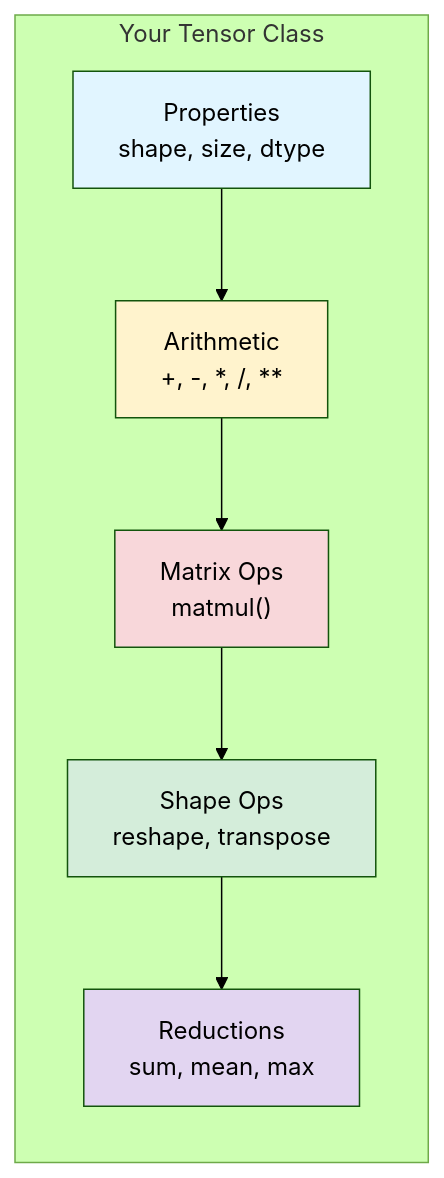
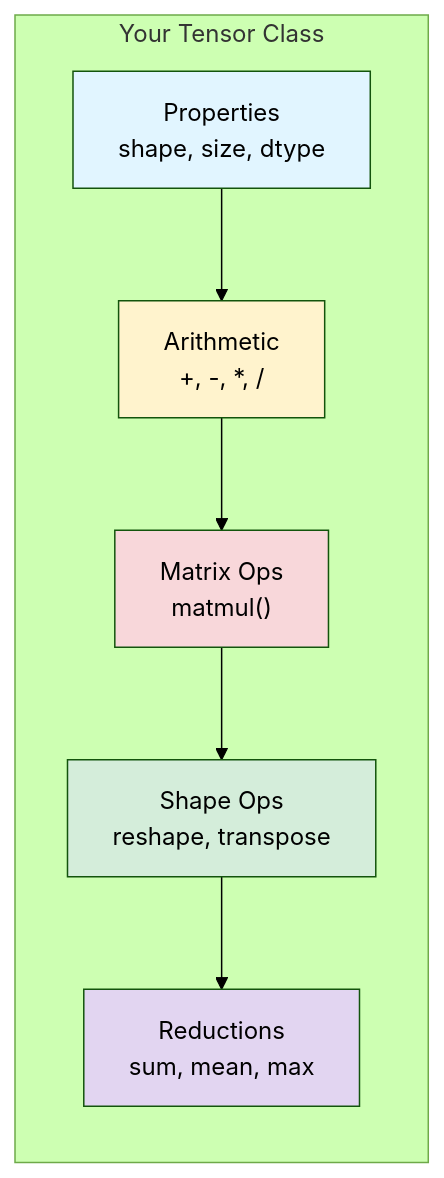
The first of 3 diagrams in tinytorch/src/01_tensor/ABOUT.md (harvard-edge/cs249r_book), drawn with Mermaid (forest theme) before and after one commit. The commit also changed other lines of this file and 44 other files, not shown here.

````diff
--- a/tinytorch/src/01_tensor/ABOUT.md
+++ b/tinytorch/src/01_tensor/ABOUT.md
@@ -31,18 +31,18 @@
 ```{mermaid}
 flowchart LR
     subgraph "Your Tensor Class"
         A["Properties<br/>shape, size, dtype"]
-        B["Arithmetic<br/>+, -, *, /, **"]
+        B["Arithmetic<br/>+, -, *, /"]
         C["Matrix Ops<br/>matmul()"]
         D["Shape Ops<br/>reshape, transpose"]
         E["Reductions<br/>sum, mean, max"]
     end
 
     A --> B --> C --> D --> E
 
     style A fill:#e1f5ff
     style B fill:#fff3cd
     style C fill:#f8d7da
     style D fill:#d4edda
     style E fill:#e2d5f1
 ```
````
